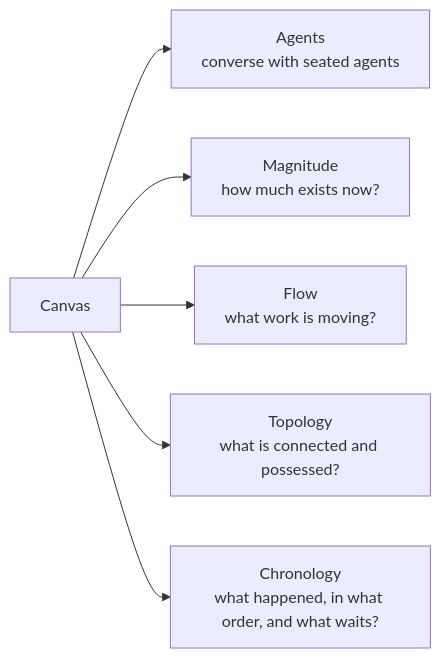
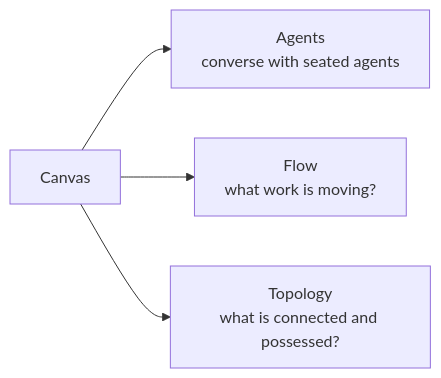
One commit to infimalabs/spice-rust changed diagram 15 of 25 in docs/product/value.md. Above: the diagram before and after it, drawn with Mermaid. The commit also changed other lines of this file and 51 other files, not shown here.

````diff
--- a/docs/product/value.md
+++ b/docs/product/value.md
@@ -360,8 +360,6 @@
 ```mermaid
 flowchart LR
   C["Canvas"] --> A["Agents<br/>converse with seated agents"]
-  C --> M["Magnitude<br/>how much exists now?"]
   C --> F["Flow<br/>what work is moving?"]
   C --> T["Topology<br/>what is connected and possessed?"]
-  C --> H["Chronology<br/>what happened, in what order, and what waits?"]
 ```
````
